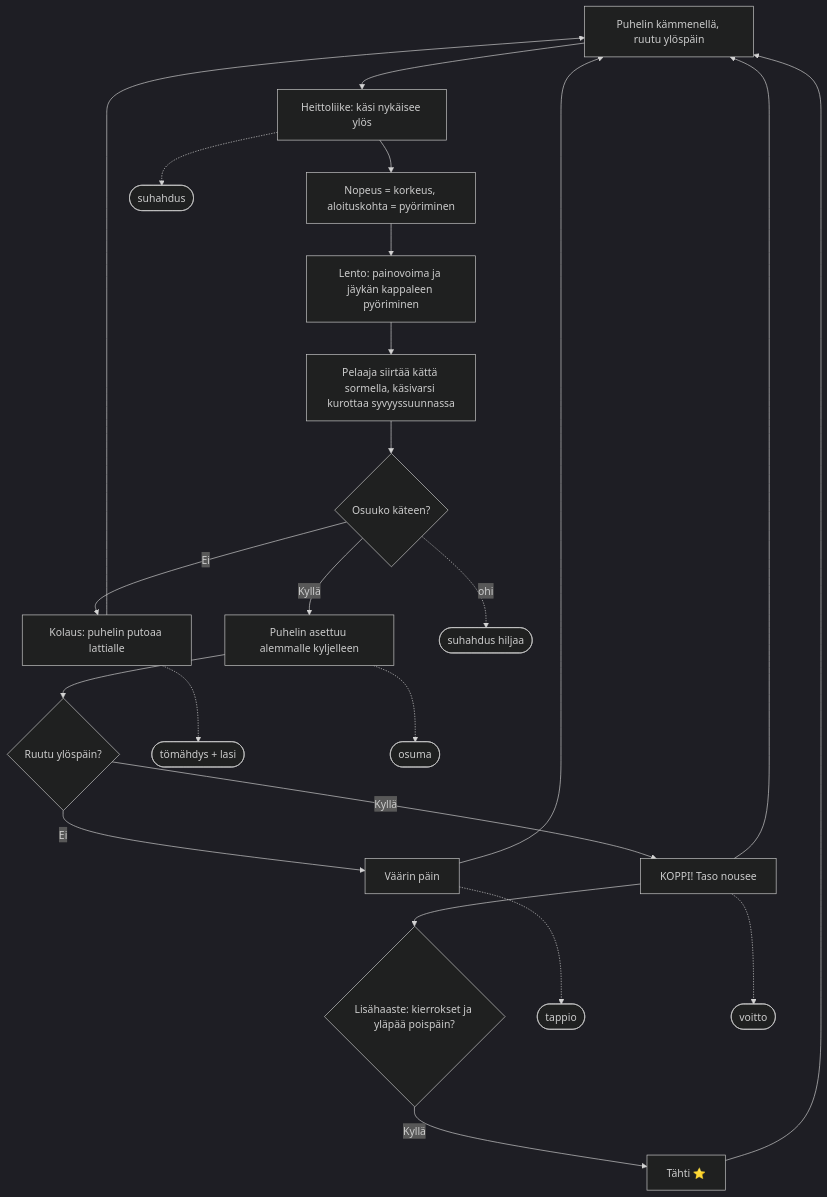
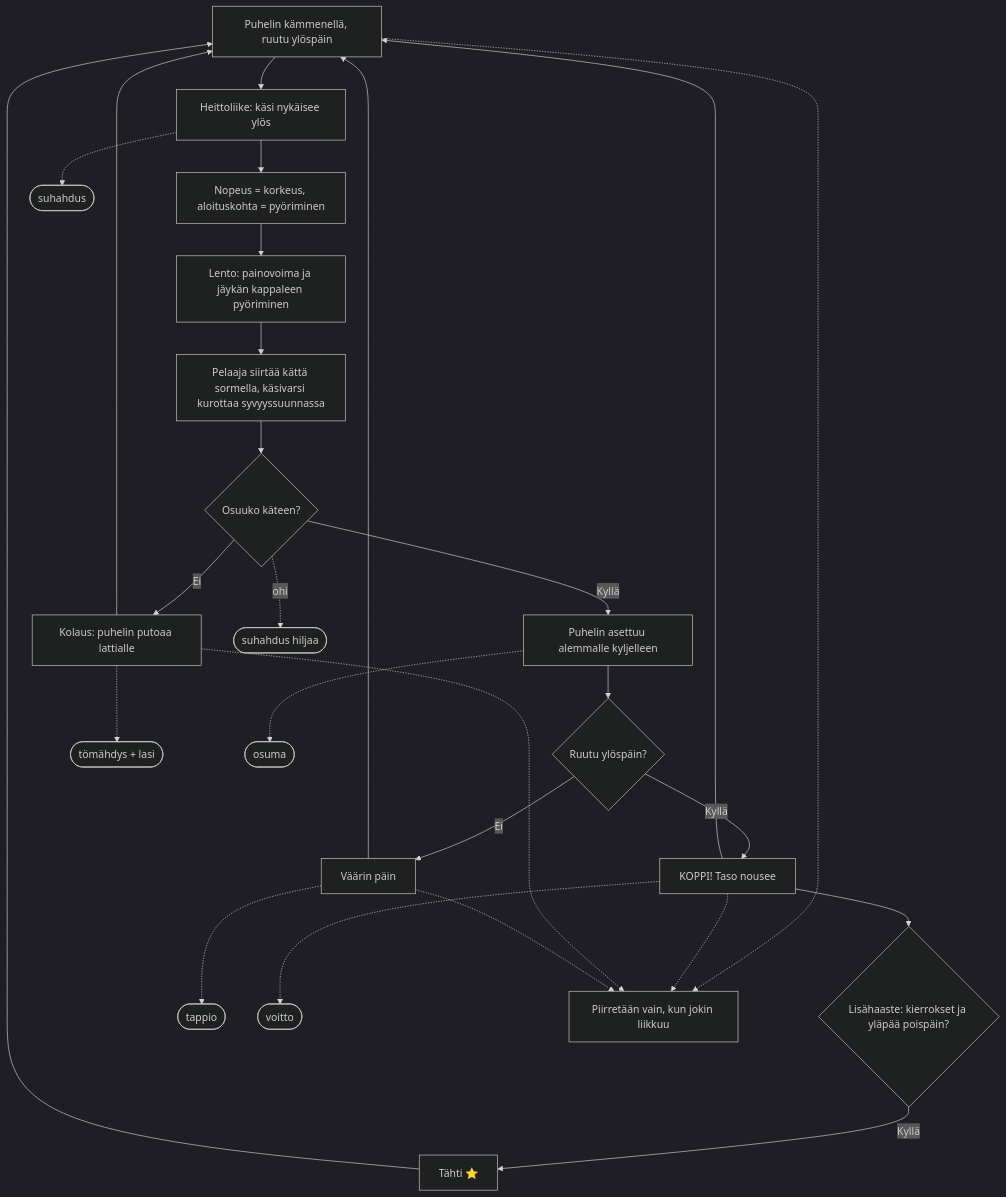
One commit to eerovil/ai-pelit changed the diagram in docs/diagrams/puhelinkoppi.md. Above: the diagram before and after it, drawn with Mermaid (dark theme). The commit also changed other lines of this file and 8 other files, not shown here.

````diff
--- a/docs/diagrams/puhelinkoppi.md
+++ b/docs/diagrams/puhelinkoppi.md
@@ -17,31 +19,35 @@
 ```mermaid
 flowchart TD
   A[Puhelin kämmenellä, ruutu ylöspäin] --> B[Heittoliike: käsi nykäisee ylös]
   B --> C[Nopeus = korkeus, aloituskohta = pyöriminen]
   C --> D[Lento: painovoima ja jäykän kappaleen pyöriminen]
   D --> E[Pelaaja siirtää kättä sormella, käsivarsi kurottaa syvyyssuunnassa]
   E --> F{Osuuko käteen?}
   F -- Ei --> G[Kolaus: puhelin putoaa lattialle]
   F -- Kyllä --> H[Puhelin asettuu alemmalle kyljelleen]
   H --> I{Ruutu ylöspäin?}
   I -- Ei --> J[Väärin päin]
   I -- Kyllä --> L[KOPPI! Taso nousee]
   L --> K{Lisähaaste: kierrokset ja yläpää poispäin?}
   K -- Kyllä --> M[Tähti ⭐]
   G --> A
   J --> A
   L --> A
   M --> A
   B -.-> sB([suhahdus])
   F -. ohi .-> sF([suhahdus hiljaa])
   G -.-> sG([tömähdys + lasi])
   H -.-> sH([osuma])
   J -.-> sJ([tappio])
   L -.-> sL([voitto])
+  A -.-> P[Piirretään vain, kun jokin liikkuu]
+  L -.-> P
+  G -.-> P
+  J -.-> P
   class sB,sF,sG,sH,sJ,sL violet
   class A,B,E blue
   class F,I,K amber
-  class C,D,H teal
+  class C,D,H,P teal
   class L,M green
   class G,J rose
 ```
````
